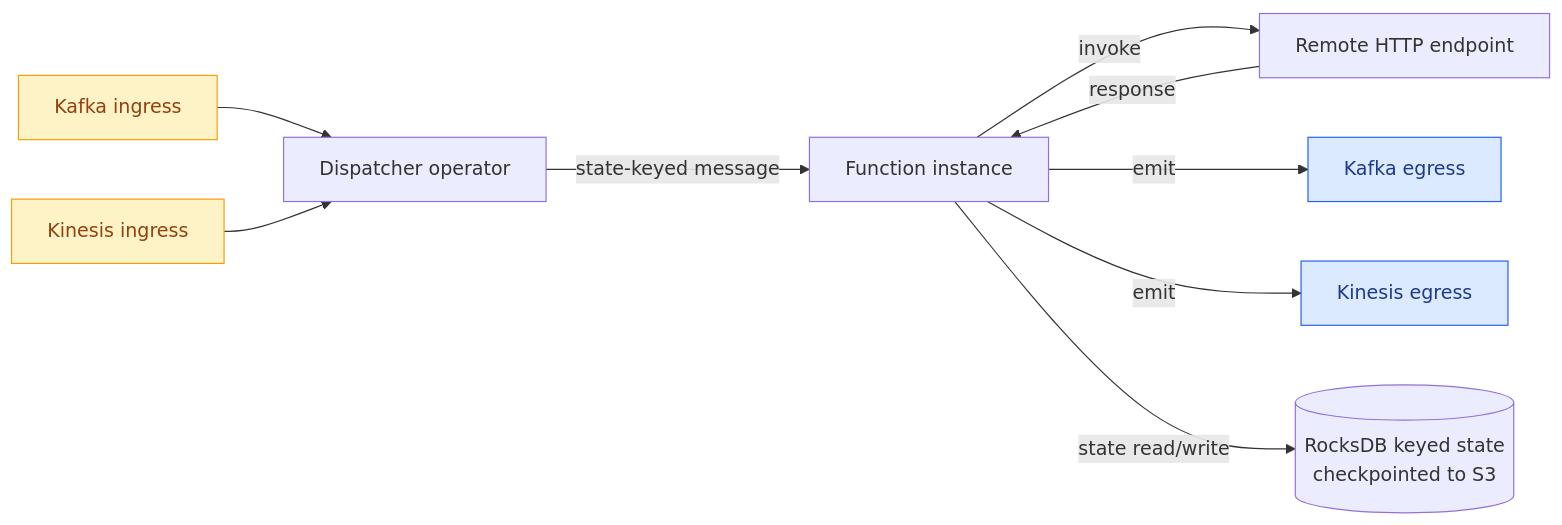
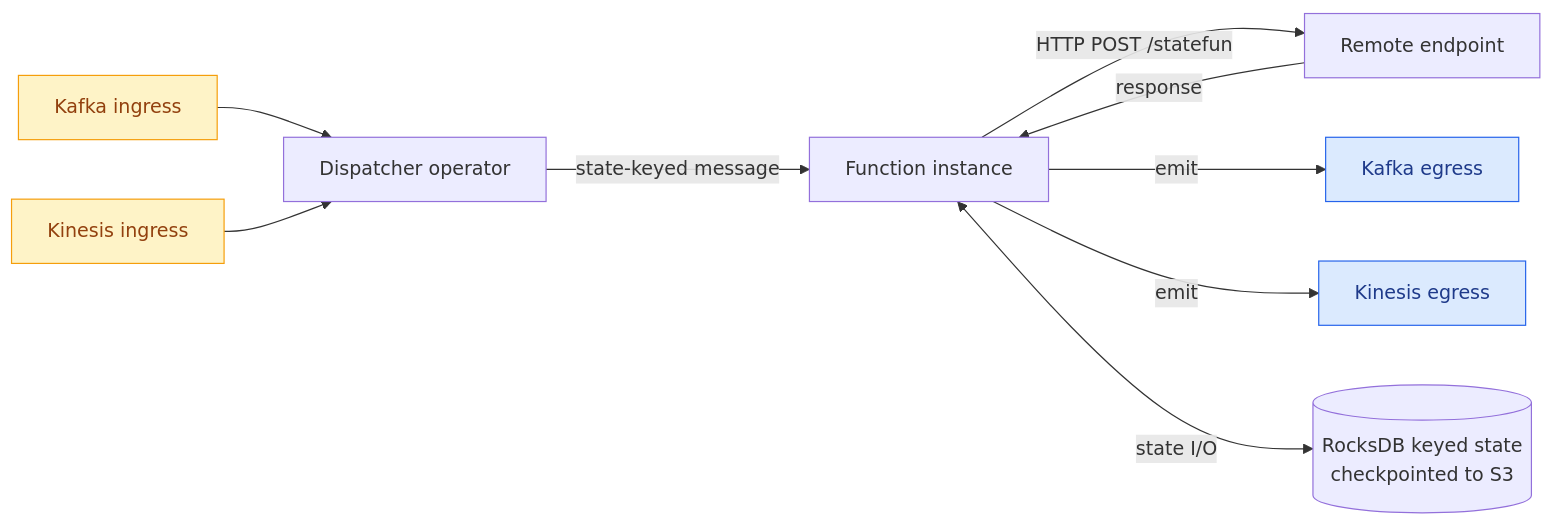
Before and after one commit to kzmlabs/flink-statefun: the diagram in docs/architecture/index.md, drawn with Mermaid. The commit also changed other lines of this file and 10 other files, not shown here.

````diff
--- a/docs/architecture/index.md
+++ b/docs/architecture/index.md
@@ -10,14 +12,14 @@
 ```mermaid
 flowchart LR
-    Kafka[Kafka ingress]:::ingress --> Dispatch[Dispatcher operator]
-    Kinesis[Kinesis ingress]:::ingress --> Dispatch
+    KafkaIn[Kafka ingress]:::ingress --> Dispatch[Dispatcher operator]
+    KinesisIn[Kinesis ingress]:::ingress --> Dispatch
     Dispatch -->|state-keyed message| Func[Function instance]
-    Func -->|invoke| Remote[Remote HTTP endpoint]
+    Func -->|HTTP POST /statefun| Remote[Remote endpoint]
     Remote -->|response| Func
-    Func -->|emit| EgressKafka[Kafka egress]:::egress
-    Func -->|emit| EgressKinesis[Kinesis egress]:::egress
-    Func -->|state read/write| State[(RocksDB keyed state<br/>checkpointed to S3)]
+    Func -->|emit| KafkaOut[Kafka egress]:::egress
+    Func -->|emit| KinesisOut[Kinesis egress]:::egress
+    Func <-->|state I/O| State[(RocksDB keyed state<br/>checkpointed to S3)]
 
     classDef ingress fill:#fef3c7,stroke:#f59e0b,color:#92400e
     classDef egress fill:#dbeafe,stroke:#2563eb,color:#1e3a8a
 ```
````
